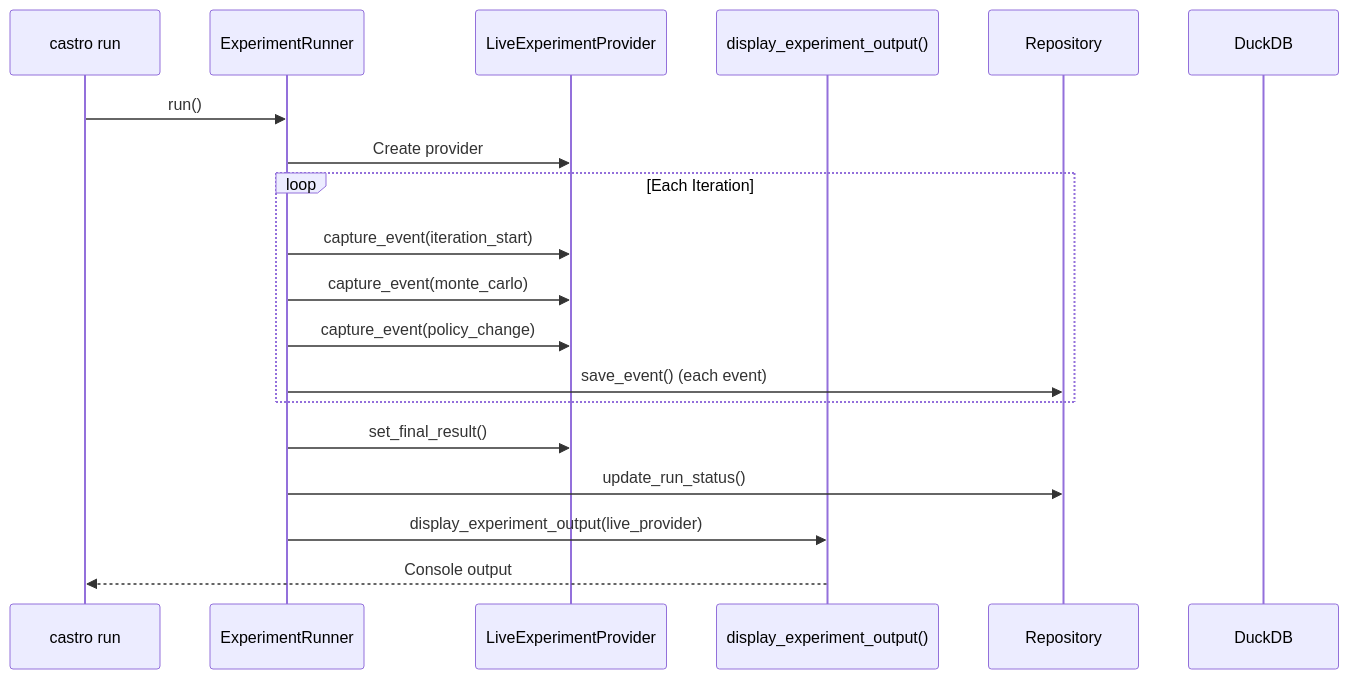
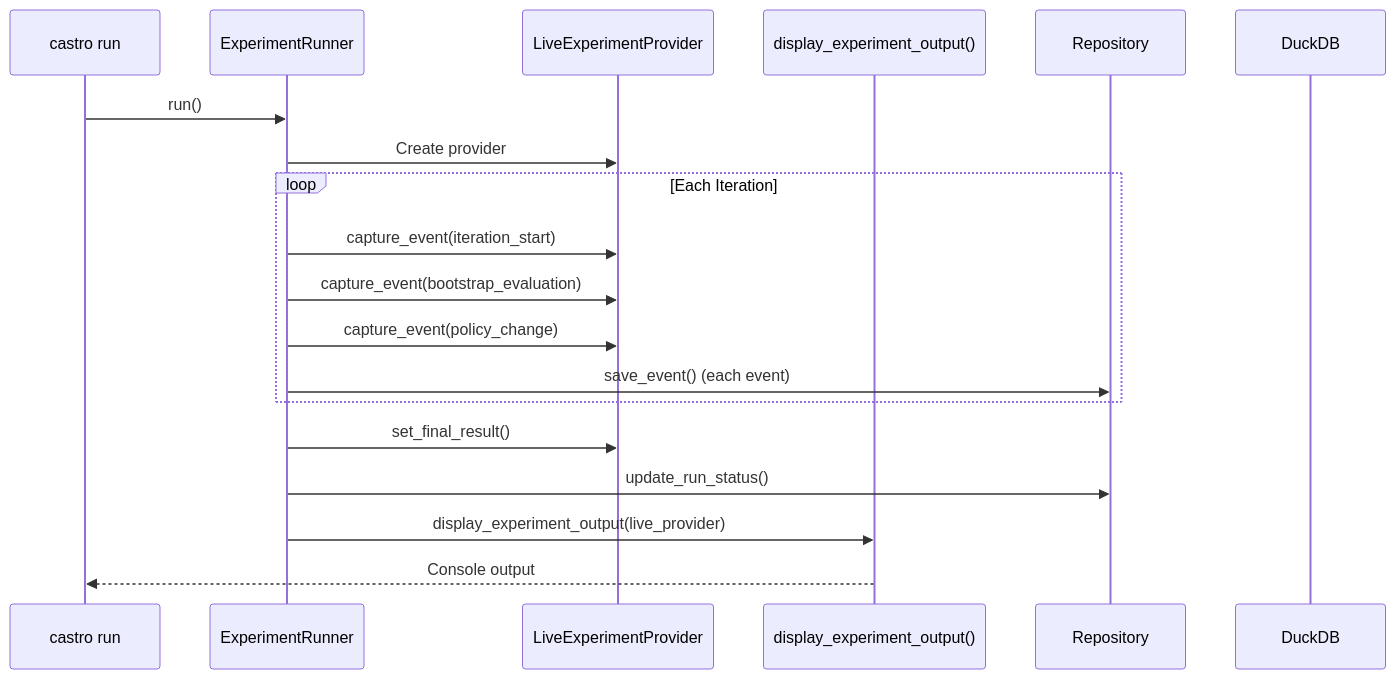
One commit to aerugo/SimCash changed the sixth of 7 diagrams in docs/reference/castro/state-provider.md. Above: the diagram before and after it, drawn with Mermaid. The commit also changed other lines of this file and 3 other files, not shown here.

````diff
--- a/docs/reference/castro/state-provider.md
+++ b/docs/reference/castro/state-provider.md
@@ -388,25 +388,25 @@
 ```mermaid
 sequenceDiagram
     participant CLI as castro run
     participant Runner as ExperimentRunner
     participant Live as LiveExperimentProvider
     participant Display as display_experiment_output()
     participant Repo as Repository
     participant DB as DuckDB
 
     CLI->>Runner: run()
     Runner->>Live: Create provider
 
     loop Each Iteration
         Runner->>Live: capture_event(iteration_start)
-        Runner->>Live: capture_event(monte_carlo)
+        Runner->>Live: capture_event(bootstrap_evaluation)
         Runner->>Live: capture_event(policy_change)
         Runner->>Repo: save_event() (each event)
     end
 
     Runner->>Live: set_final_result()
     Runner->>Repo: update_run_status()
 
     Runner->>Display: display_experiment_output(live_provider)
     Display-->>CLI: Console output
 ```
````
